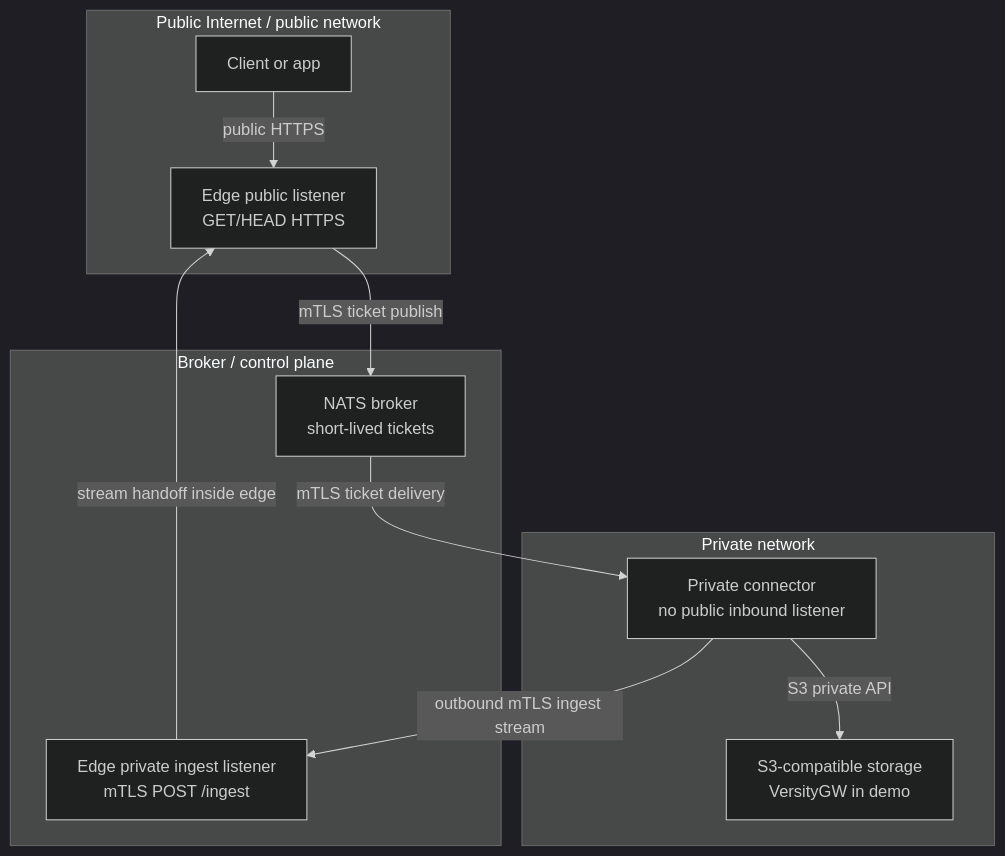
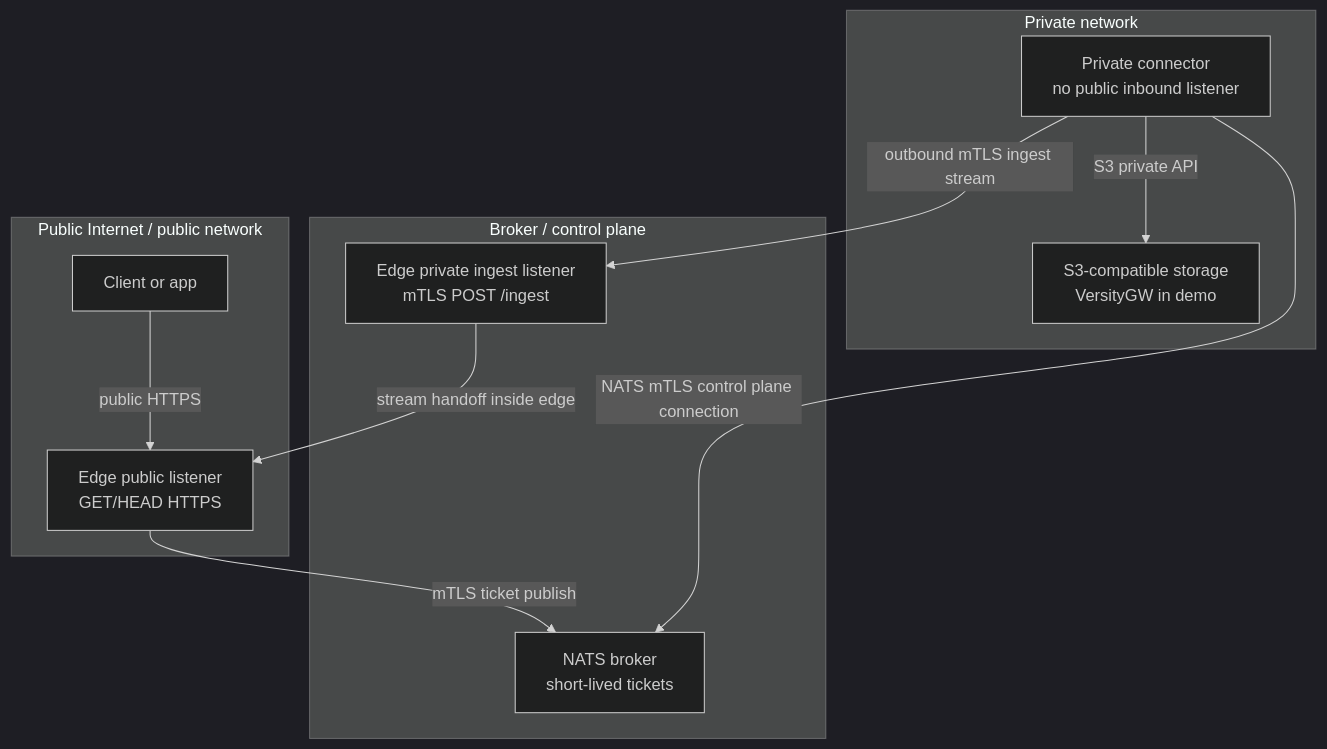
The second of 2 diagrams in README.md (terion-name/air3), drawn with Mermaid (dark theme) before and after one commit. The commit also changed 1 other file, not shown here.

Commit message:
Fix NATS connector zone diagram direction

````diff
--- a/README.md
+++ b/README.md
@@ -43,24 +43,24 @@
 ```mermaid
 flowchart TB
     subgraph Public["Public Internet / public network"]
         Client["Client or app"]
         PublicEdge["Edge public listener\nGET/HEAD HTTPS"]
     end
 
     subgraph Broker["Broker / control plane"]
         NATS["NATS broker\nshort-lived tickets"]
         Ingest["Edge private ingest listener\nmTLS POST /ingest"]
     end
 
     subgraph Private["Private network"]
         Connector["Private connector\nno public inbound listener"]
         S3["S3-compatible storage\nVersityGW in demo"]
     end
 
     Client -->|"public HTTPS"| PublicEdge
     PublicEdge -->|"mTLS ticket publish"| NATS
-    NATS -->|"mTLS ticket delivery"| Connector
+    Connector -->|"NATS mTLS control plane connection"| NATS
     Connector -->|"S3 private API"| S3
     Connector -->|"outbound mTLS ingest stream"| Ingest
     Ingest -->|"stream handoff inside edge"| PublicEdge
 ```
````
